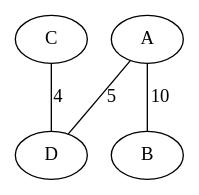
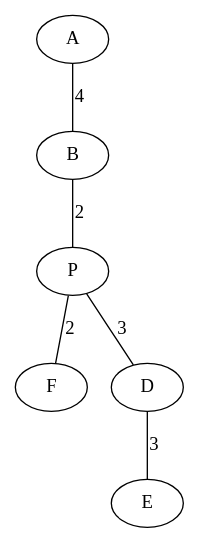
Before and after one commit to karan0299/CSN-261-ASSIGNMENT: the diagram in L5/Question2/graph.dot, drawn with Graphviz. The commit also changed 214 other files, not shown here.

```diff
--- a/L5/Question2/graph.dot
+++ b/L5/Question2/graph.dot
@@ -1,5 +1,7 @@
 graph kruskal{
-C--D[label = 4];
-A--D[label = 5];
-A--B[label = 10];
+B--P[label = 2];
+P--F[label = 2];
+P--D[label = 3];
+D--E[label = 3];
+A--B[label = 4];
 }
```
